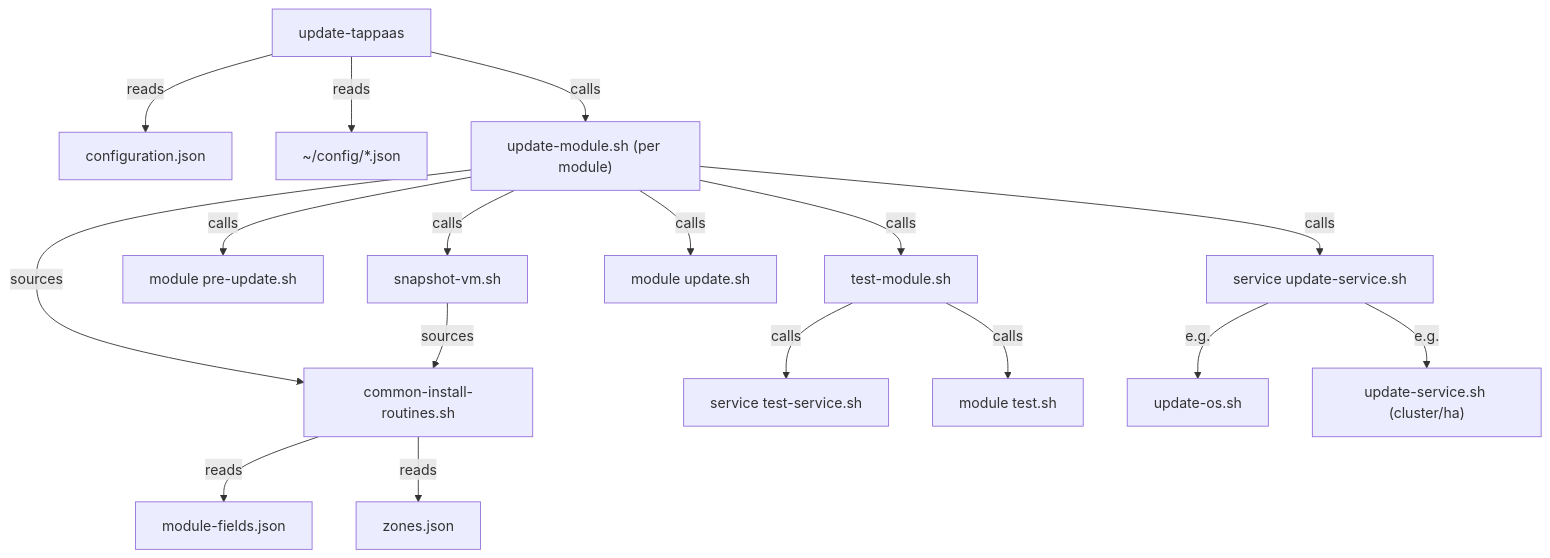
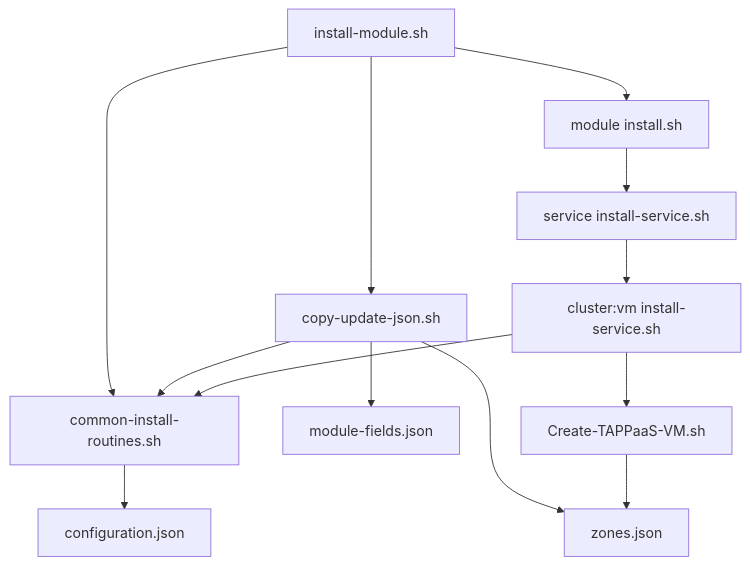
Before and after one commit to TAPPaaS/TAPPaaS: the first of 9 diagrams in src/foundation/DEPENDENCIES.md, drawn with Mermaid. The commit also changed other lines of this file and 44 other files, not shown here.

Commit message:
close #106 close #108 : updated configuration.json and node name handling

````diff
--- a/src/foundation/DEPENDENCIES.md
+++ b/src/foundation/DEPENDENCIES.md
@@ -115,24 +142,15 @@
 ```mermaid
 graph TD
-    A[update-tappaas] -->|reads| B[configuration.json]
-    A -->|reads| BC["~/config/*.json"]
-    A -->|calls| D["update-module.sh (per module)"]
-
-    D -->|calls| SN[snapshot-vm.sh]
-    D -->|sources| E[common-install-routines.sh]
-    D -->|calls| F["module pre-update.sh"]
-    D -->|calls| H["service update-service.sh"]
-    D -->|calls| G["module update.sh"]
-    D -->|calls| TM[test-module.sh]
-
-    TM -->|calls| TS["service test-service.sh"]
-    TM -->|calls| MT["module test.sh"]
-
-    SN -->|sources| E
-
-    H -->|e.g.| I[update-os.sh]
-    H -->|e.g.| J["update-service.sh (cluster/ha)"]
-
-    E -->|reads| K[module-fields.json]
-    E -->|reads| L[zones.json]
+    A["install-module.sh"] --> B["common-install-routines.sh"]
+    A --> C["copy-update-json.sh"]
+    A --> D["module install.sh"]
+    C --> B
+    C --> E["module-fields.json"]
+    C --> F["zones.json"]
+    D --> G["service install-service.sh"]
+    G --> H["cluster:vm install-service.sh"]
+    H --> B
+    H --> I["Create-TAPPaaS-VM.sh"]
+    I --> F
+    B --> J["configuration.json"]
 ```
````
